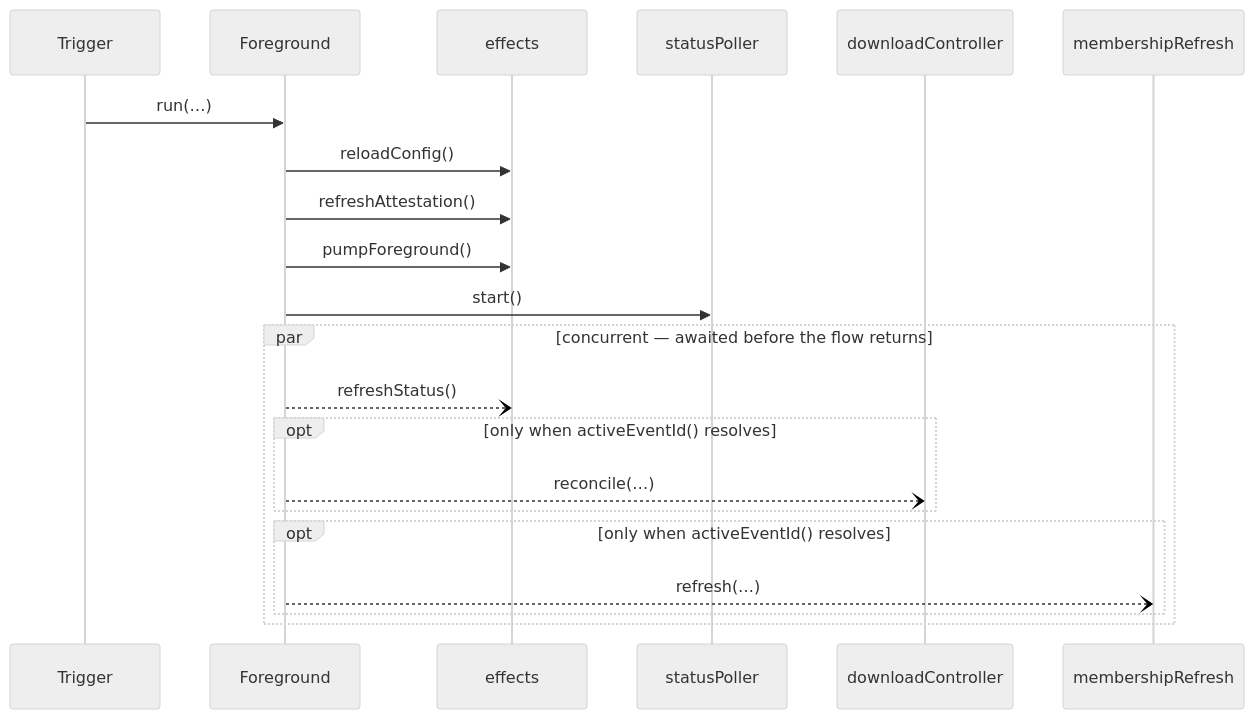
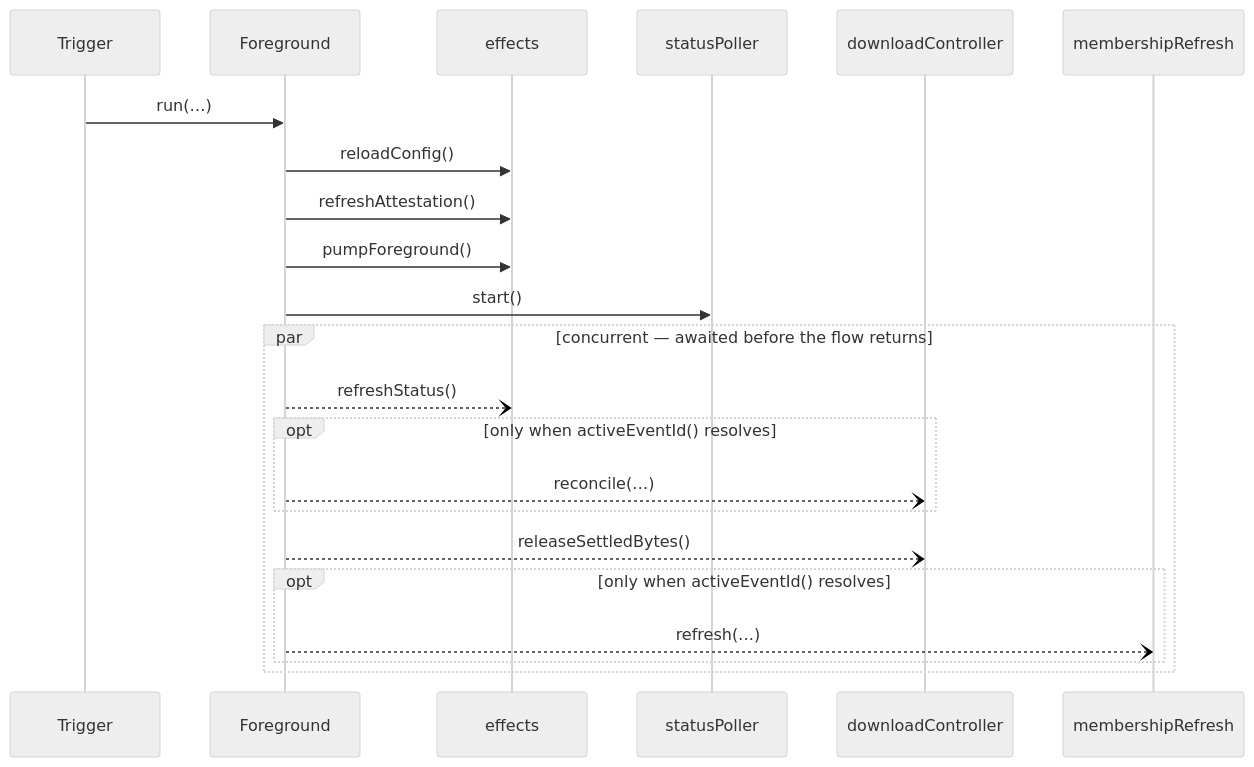
One commit to stefanhoelzl/SnapSync changed the diagram in architecture/flows/Foreground.md. Above: the diagram before and after it, drawn with Mermaid (neutral theme). The commit also changed 3 other files, not shown here.

````diff
--- a/architecture/flows/Foreground.md
+++ b/architecture/flows/Foreground.md
@@ -14,23 +14,24 @@
 ```mermaid
 sequenceDiagram
   participant Trigger
   participant Foreground
   participant effects
   participant statusPoller
   participant downloadController
   participant membershipRefresh
   Trigger->>Foreground: run(…)
   Foreground->>effects: reloadConfig()
   Foreground->>effects: refreshAttestation()
   Foreground->>effects: pumpForeground()
   Foreground->>statusPoller: start()
   par concurrent — awaited before the flow returns
     Foreground--)effects: refreshStatus()
     opt only when activeEventId() resolves
       Foreground--)downloadController: reconcile(…)
     end
+    Foreground--)downloadController: releaseSettledBytes()
     opt only when activeEventId() resolves
       Foreground--)membershipRefresh: refresh(…)
     end
   end
 ```
````
